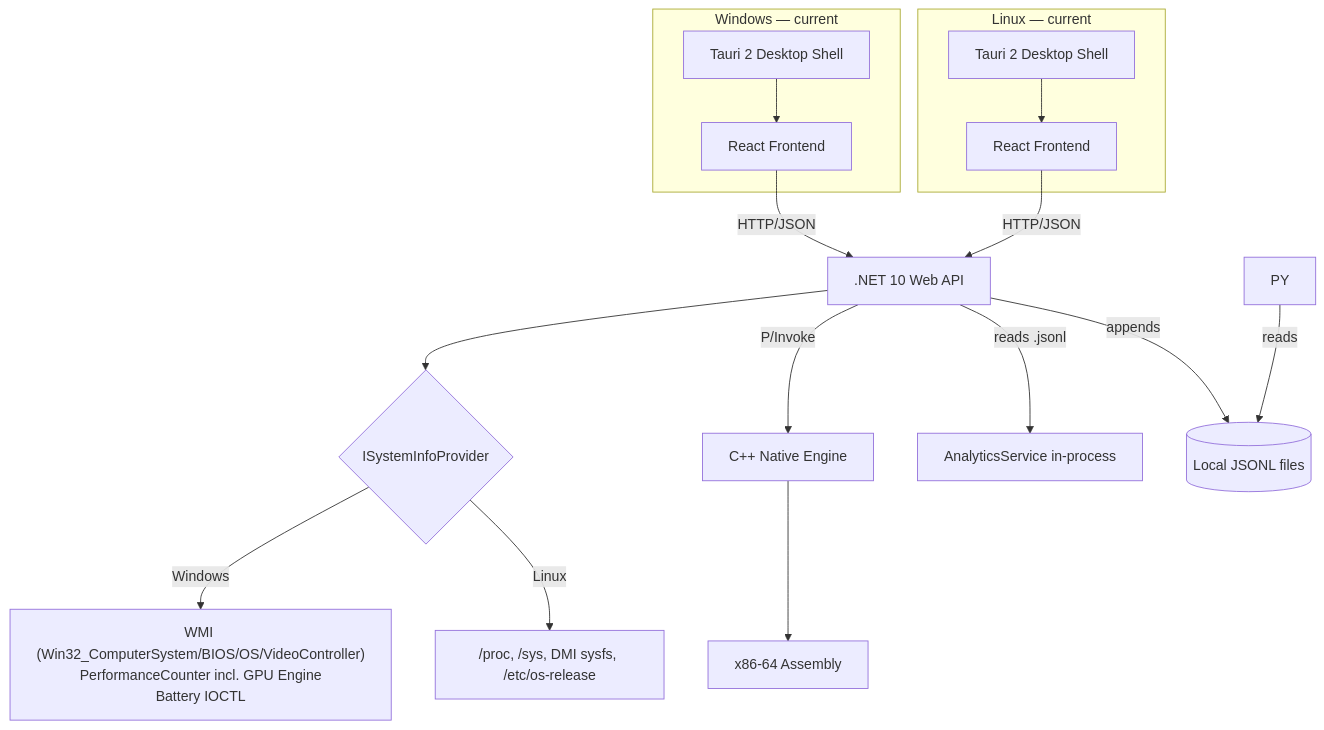
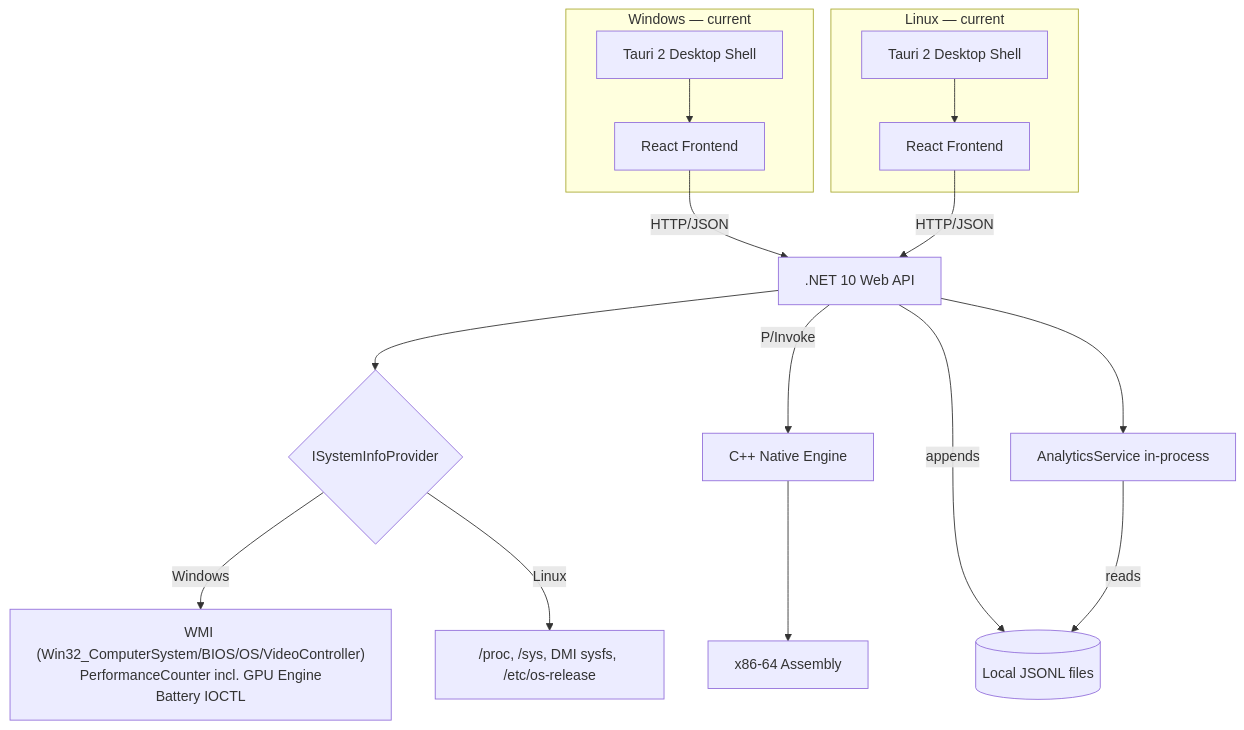
The diagram in PROJECT_STATUS.md (VipulSharma143/System-Info), drawn with Mermaid before and after one commit. The commit also changed other lines of this file and 13 other files, not shown here.

````diff
--- a/PROJECT_STATUS.md
+++ b/PROJECT_STATUS.md
@@ -38,18 +39,18 @@
 ```mermaid
 flowchart TB
     subgraph Windows["Windows — current"]
         TW[Tauri 2 Desktop Shell] --> FEW[React Frontend]
     end
     subgraph Linux["Linux — current"]
         TL[Tauri 2 Desktop Shell] --> FEL[React Frontend]
     end
     FEW -- HTTP/JSON --> API[.NET 10 Web API]
     FEL -- HTTP/JSON --> API
     API --> PROV{ISystemInfoProvider}
     PROV -->|Windows| WINP["WMI (Win32_ComputerSystem/BIOS/OS/VideoController)\nPerformanceCounter incl. GPU Engine\nBattery IOCTL"]
     PROV -->|Linux| LINP["/proc, /sys, DMI sysfs, /etc/os-release"]
     API -- P/Invoke --> CPP[C++ Native Engine] --> ASM[x86-64 Assembly]
-    API -- reads .jsonl --> AN[AnalyticsService in-process]
+    API --> AN[AnalyticsService in-process]
     API -- appends --> STORE[(Local JSONL files)]
-    PY -- reads --> STORE
+    AN -- reads --> STORE
 ```
````
